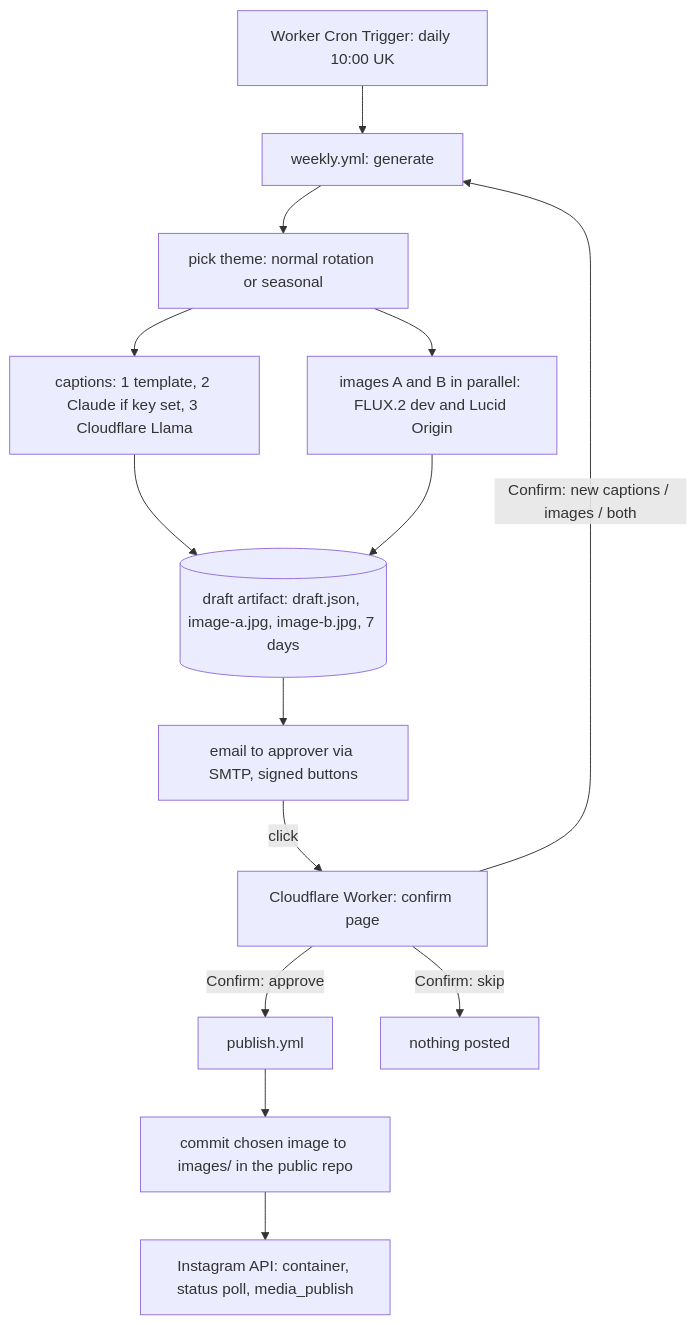
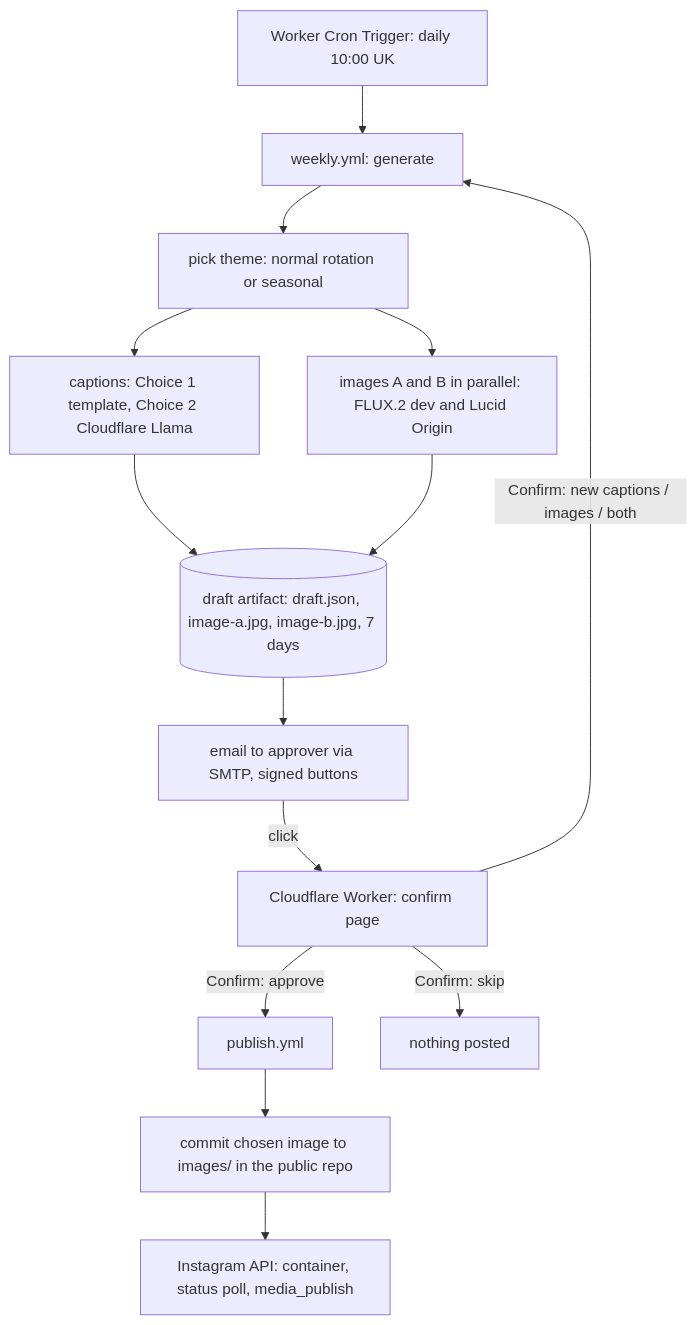
Before and after one commit to rtaank80/fdc-automation: the diagram in project-docs/ARCHITECTURE.md, drawn with Mermaid. The commit also changed other lines of this file and 8 other files, not shown here.

````diff
--- a/project-docs/ARCHITECTURE.md
+++ b/project-docs/ARCHITECTURE.md
@@ -4,16 +4,16 @@
 ```mermaid
 flowchart TD
   CR[Worker Cron Trigger: daily 10:00 UK] --> G[weekly.yml: generate]
   G --> T[pick theme: normal rotation or seasonal]
-  T --> C[captions: 1 template, 2 Claude if key set, 3 Cloudflare Llama]
+  T --> C[captions: Choice 1 template, Choice 2 Cloudflare Llama]
   T --> I[images A and B in parallel: FLUX.2 dev and Lucid Origin]
   C --> D[(draft artifact: draft.json, image-a.jpg, image-b.jpg, 7 days)]
   I --> D
   D --> E[email to approver via SMTP, signed buttons]
   E -->|click| W[Cloudflare Worker: confirm page]
   W -->|Confirm: approve| P[publish.yml]
   W -->|Confirm: new captions / images / both| G
   W -->|Confirm: skip| X[nothing posted]
   P --> H[commit chosen image to images/ in the public repo]
   H --> IG[Instagram API: container, status poll, media_publish]
 ```
````
